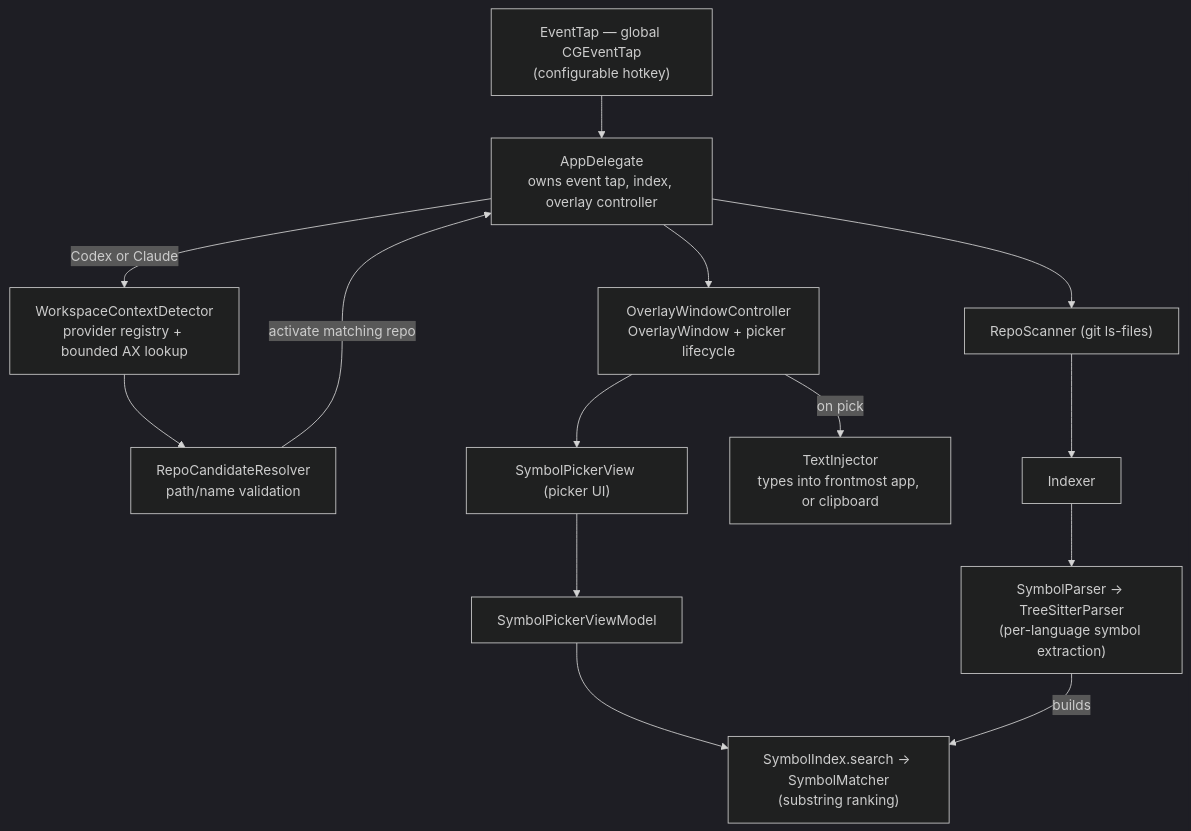
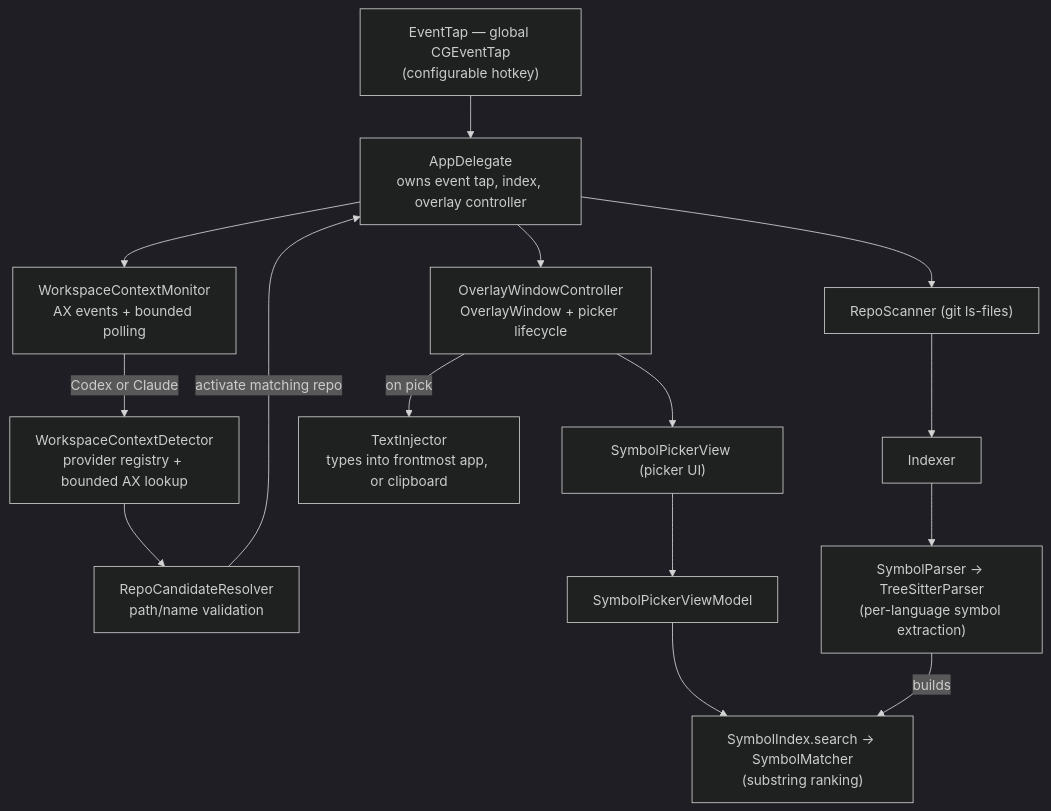
Before and after one commit to one-melange/symbol-scan: the diagram in README.md, drawn with Mermaid (dark theme). The commit also changed other lines of this file and 11 other files, not shown here.

Commit message:
Monitor workspace context continuously

````diff
--- a/README.md
+++ b/README.md
@@ -108,26 +109,28 @@
 ```mermaid
 flowchart TD
     Trigger["EventTap — global CGEventTap<br/>(configurable hotkey)"]
     App["AppDelegate<br/>owns event tap, index, overlay controller"]
+    Monitor["WorkspaceContextMonitor<br/>AX events + bounded polling"]
     Context["WorkspaceContextDetector<br/>provider registry + bounded AX lookup"]
     Resolver["RepoCandidateResolver<br/>path/name validation"]
     OWC["OverlayWindowController<br/>OverlayWindow + picker lifecycle"]
     View["SymbolPickerView (picker UI)"]
     VM["SymbolPickerViewModel"]
     Index["SymbolIndex.search → SymbolMatcher<br/>(substring ranking)"]
     Injector["TextInjector<br/>types into frontmost app, or clipboard"]
 
     Scanner["RepoScanner (git ls-files)"]
     Indexer["Indexer"]
     Parser["SymbolParser → TreeSitterParser<br/>(per-language symbol extraction)"]
 
     Trigger --> App
-    App -->|Codex or Claude| Context --> Resolver -->|activate matching repo| App
+    App --> Monitor
+    Monitor -->|Codex or Claude| Context --> Resolver -->|activate matching repo| App
     App --> OWC
     OWC --> View --> VM --> Index
     OWC -->|on pick| Injector
 
     App --> Scanner
     Scanner --> Indexer --> Parser
     Parser -->|builds| Index
 ```
````
